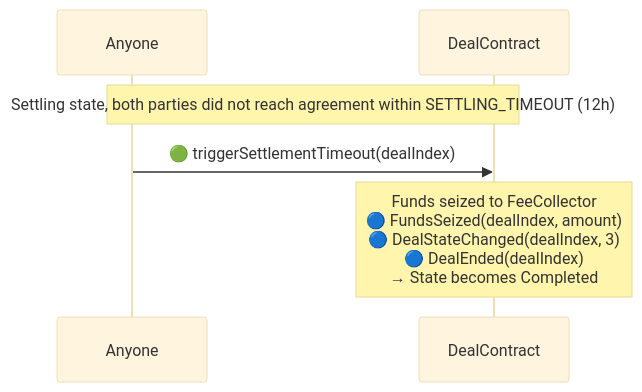
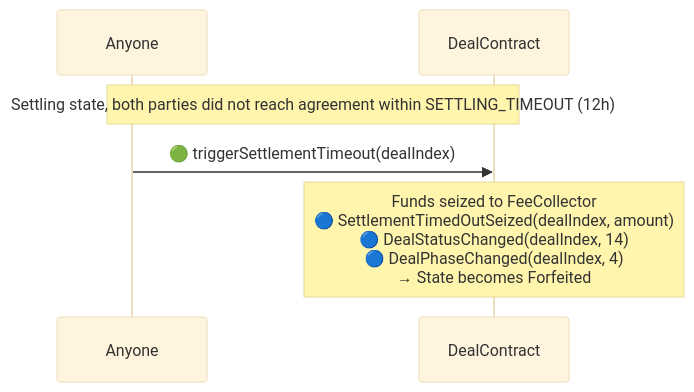
Before and after one commit to synctxai/synctx: the eighth of 9 diagrams in examples/x-quote/x-quote-design.md, drawn with Mermaid (base theme). The commit also changed other lines of this file and 74 other files, not shown here.

````diff
--- a/examples/x-quote/x-quote-design.md
+++ b/examples/x-quote/x-quote-design.md
@@ -396,9 +417,9 @@
 ```mermaid
 sequenceDiagram
     participant X as Anyone
     participant D as DealContract
 
     Note over X,D: Settling state, both parties did not reach agreement within SETTLING_TIMEOUT (12h)
     X->>D: 🟢 triggerSettlementTimeout(dealIndex)
-    Note over D: Funds seized to FeeCollector<br/>🔵 FundsSeized(dealIndex, amount)<br/>🔵 DealStateChanged(dealIndex, 3)<br/>🔵 DealEnded(dealIndex)<br/>→ State becomes Completed
+    Note over D: Funds seized to FeeCollector<br/>🔵 SettlementTimedOutSeized(dealIndex, amount)<br/>🔵 DealStatusChanged(dealIndex, 14)<br/>🔵 DealPhaseChanged(dealIndex, 4)<br/>→ State becomes Forfeited
 ```
````
